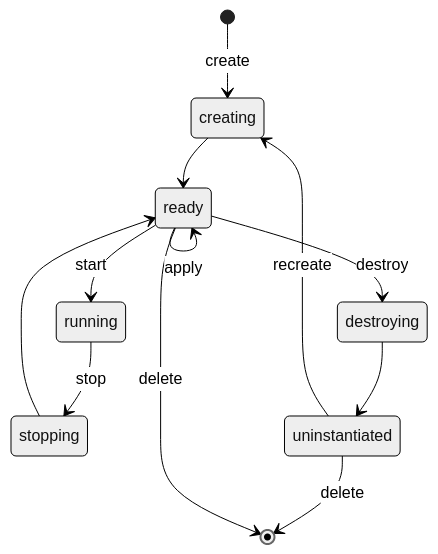
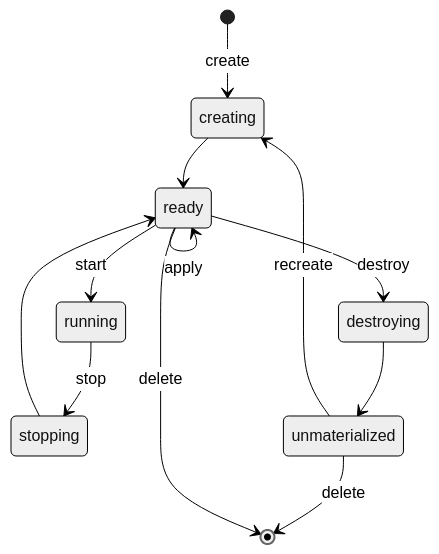
The diagram in docs/instance-model.md (ferroteca/reliquary), drawn with Mermaid (neutral theme) before and after one commit. The commit also changed other lines of this file and 2 other files, not shown here.

Commit message:
Update 'uninstantiated' to 'unmaterialized' in documentation

````diff
--- a/docs/instance-model.md
+++ b/docs/instance-model.md
@@ -53,14 +53,14 @@
 ```mermaid
 stateDiagram-v2
     [*] --> creating: create
     creating --> ready
     ready --> running: start
     running --> stopping: stop
     stopping --> ready
     ready --> ready: apply
     ready --> destroying: destroy
-    destroying --> uninstantiated
-    uninstantiated --> creating: recreate
-    uninstantiated --> [*]: delete
+    destroying --> unmaterialized
+    unmaterialized --> creating: recreate
+    unmaterialized --> [*]: delete
     ready --> [*]: delete
 ```
````
